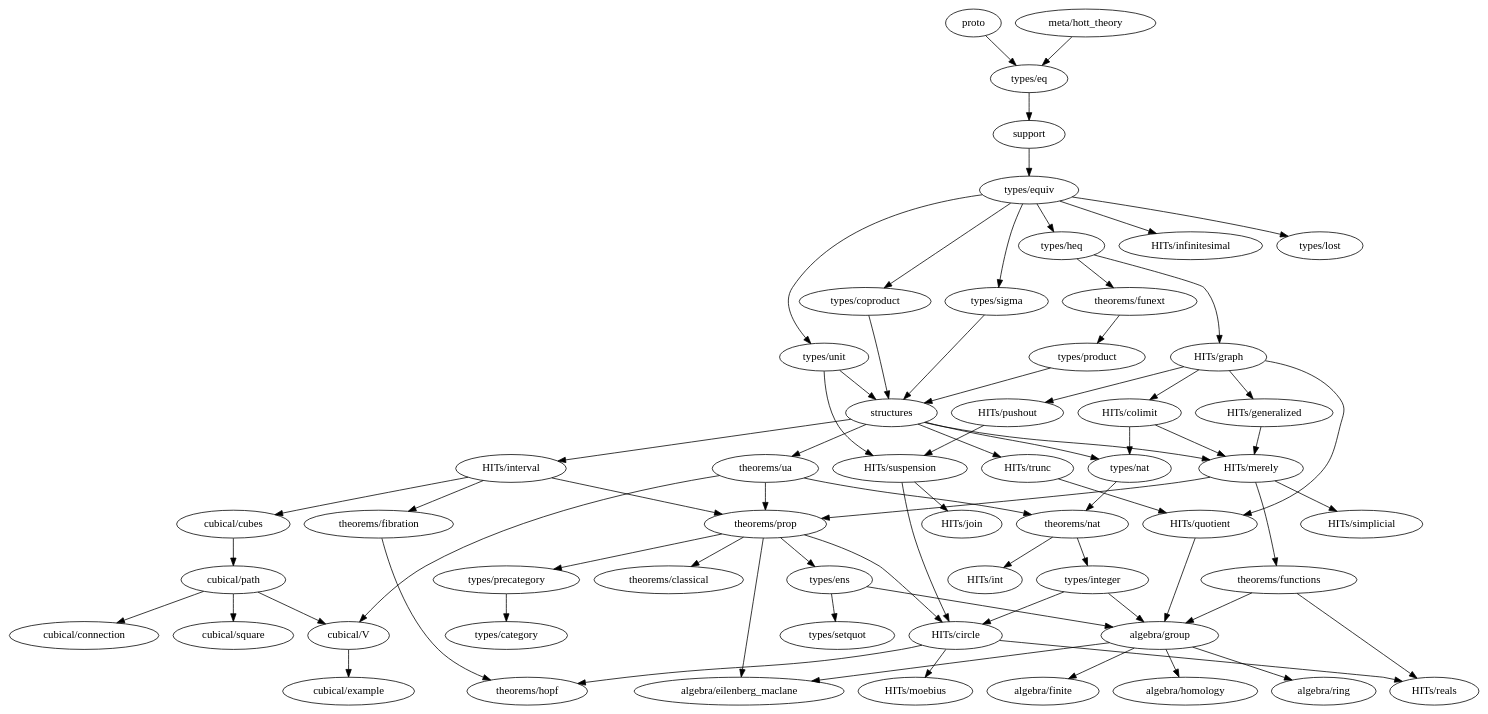
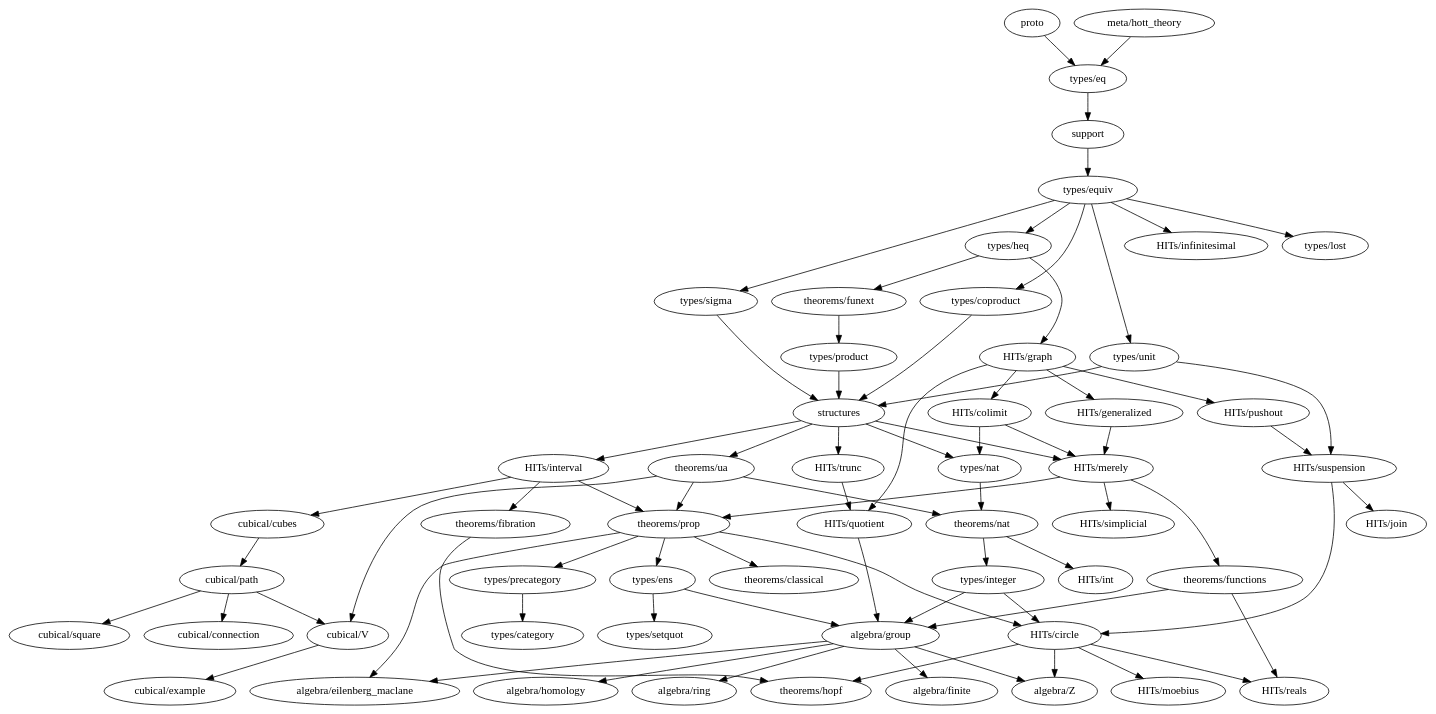
One commit to forked-from-1kasper/ground_zero changed the diagram in dependency-map.gv. Above: the diagram before and after it, drawn with Graphviz. The commit also changed 6 other files, not shown here.

```diff
--- a/dependency-map.gv
+++ b/dependency-map.gv
@@ -1,121 +1,128 @@
 digraph dependency_map {
   proto -> "types/eq"
   "meta/hott_theory" -> "types/eq"
   support -> "types/equiv"
   structures -> {
     "HITs/interval",
     "HITs/merely",
     "HITs/trunc",
     "types/nat",
     "theorems/ua"
   }
 
   subgraph algebra {
     "algebra/eilenberg_maclane"
     "algebra/finite"
     "algebra/group" -> {
       "algebra/eilenberg_maclane",
       "algebra/finite",
       "algebra/homology",
-      "algebra/ring"
+      "algebra/ring",
+      "algebra/Z"
     }
     "algebra/homology"
     "algebra/ring"
+    "algebra/Z"
   }
 
   subgraph types {
     "types/category"
     "types/coproduct" -> { structures }
     "types/eq" -> { support }
     "types/ens" -> { "algebra/group", "types/setquot" }
     "types/equiv" -> {
       "types/heq",
       "HITs/infinitesimal",
       "types/coproduct",
       "types/lost",
       "types/unit",
       "types/sigma"
     }
     "types/heq" -> {
       "HITs/graph", "theorems/funext"
     }
     "types/integer" -> {
       "algebra/group",
       "HITs/circle"
     }
     "types/lost"
     "types/nat" -> { "theorems/nat" }
     "types/precategory" -> { "types/category" }
     "types/product" -> { structures }
     "types/setquot"
     "types/sigma" -> { structures }
     "types/unit" -> { structures, "HITs/suspension" }
   }
 
   subgraph HITs {
-    "HITs/circle" -> { "theorems/hopf", "HITs/moebius", "HITs/reals" }
+    "HITs/circle" -> {
+      "algebra/Z",
+      "theorems/hopf",
+      "HITs/moebius",
+      "HITs/reals"
+    }
     "HITs/colimit" -> { "HITs/merely", "types/nat" }
     "HITs/generalized" -> "HITs/merely"
     "HITs/graph" -> {
       "HITs/colimit",
       "HITs/generalized",
       "HITs/pushout",
       "HITs/quotient"
     }
     "HITs/infinitesimal"
     "HITs/interval" -> {
       "cubical/cubes",
       "theorems/prop",
       "theorems/fibration"
     }
     "HITs/join"
     "HITs/merely" -> {
       "theorems/prop",
       "HITs/simplicial",
       "theorems/functions"
     }
     "HITs/moebius"
     "HITs/pushout" -> {
       "HITs/suspension"
     }
     "HITs/quotient" -> { "algebra/group" }
     "HITs/reals"
     "HITs/simplicial"
     "HITs/suspension" -> { "HITs/circle", "HITs/join" }
     "HITs/trunc" -> { "HITs/quotient" }
   }
 
   subgraph cubical {
     "cubical/connection"
     "cubical/cubes" -> "cubical/path"
     "cubical/example"
     "cubical/path" -> {
       "cubical/square",
       "cubical/V",
       "cubical/connection"
     }
     "cubical/square"
     "cubical/V" -> { "cubical/example" }
   }
 
   subgraph theorems {
     "theorems/classical"
     "theorems/fibration" -> { "theorems/hopf" }
     "theorems/functions" -> { "HITs/reals", "algebra/group" }
     "theorems/funext" -> { "types/product" }
     "theorems/hopf"
     "theorems/nat" -> { "HITs/int", "types/integer" }
     "theorems/prop" -> {
       "algebra/eilenberg_maclane",
       "HITs/circle",
       "types/ens",
       "types/precategory",
       "theorems/classical"
     }
     "theorems/ua" -> {
       "theorems/nat",
       "theorems/prop",
       "cubical/V"
     }
   }
 }
```
